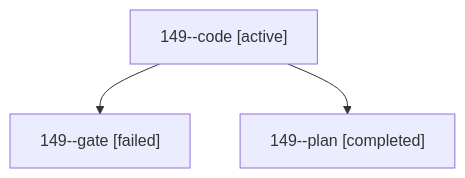
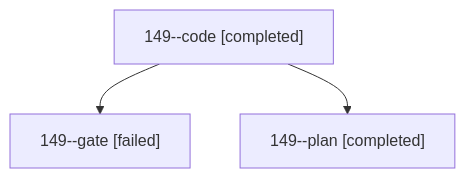
The diagram in sessions/bbugyi200.athena.149.md (bobs-org/bob-cli--agents), drawn with Mermaid before and after one commit. The commit also changed other lines of this file and 52 other files, not shown here.

````diff
--- a/sessions/bbugyi200.athena.149.md
+++ b/sessions/bbugyi200.athena.149.md
@@ -9,8 +9,8 @@
 ```mermaid
 flowchart TD
-  n0["149--code [active]"]
+  n0["149--code [completed]"]
   n1["149--gate [failed]"]
   n0 --> n1
   n2["149--plan [completed]"]
   n0 --> n2
 ```
````
